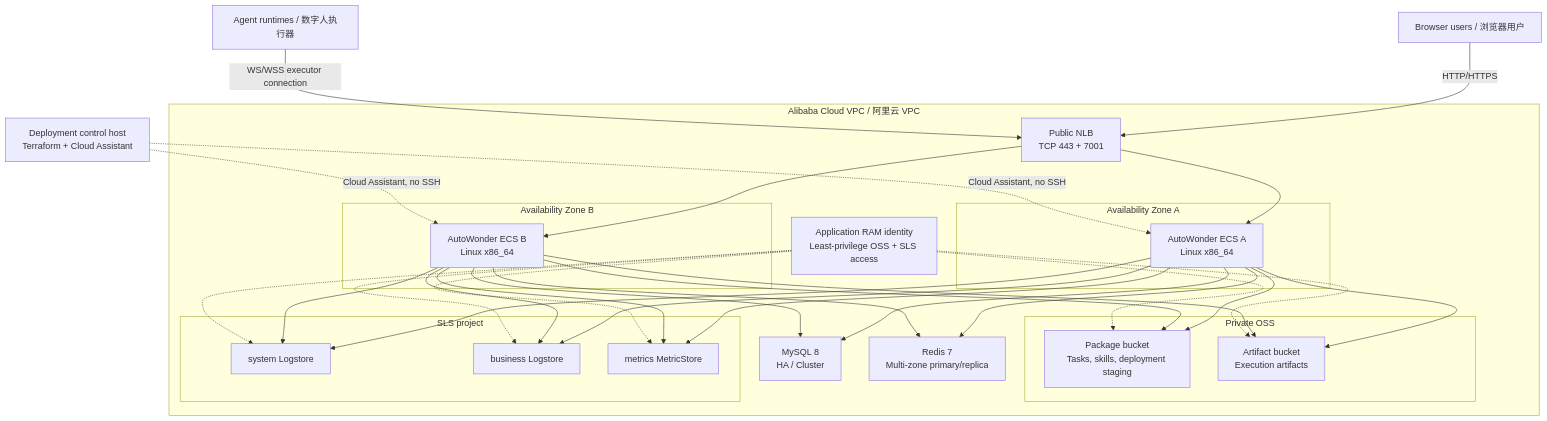
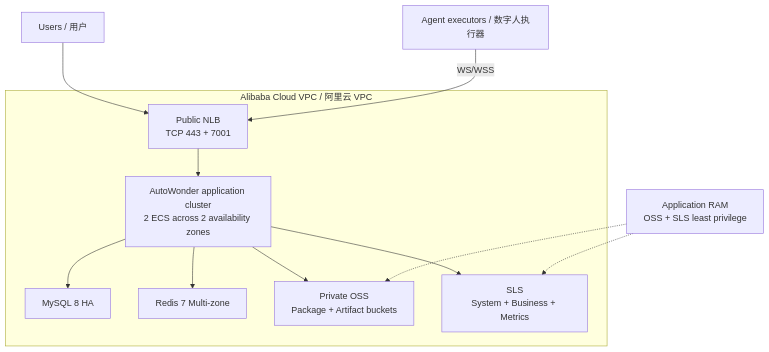
The first of 2 diagrams in ai-sdlc/auto-wonder/README.md (aliyun/alibabacloud-landing-zone), drawn with Mermaid before and after one commit. The commit also changed other lines of this file, not shown here.

Commit message:
docs(ai-sdlc): simplify AutoWonder diagrams

````diff
--- a/ai-sdlc/auto-wonder/README.md
+++ b/ai-sdlc/auto-wonder/README.md
@@ -18,60 +15,25 @@
 ```mermaid
 flowchart TB
-    Browser["Browser users / 浏览器用户"]
-    Runtime["Agent runtimes / 数字人执行器"]
-    Operator["Deployment control host<br/>Terraform + Cloud Assistant"]
+    User["Users / 用户"]
+    Runtime["Agent executors / 数字人执行器"]
 
     subgraph Cloud["Alibaba Cloud VPC / 阿里云 VPC"]
         NLB["Public NLB<br/>TCP 443 + 7001"]
+        App["AutoWonder application cluster<br/>2 ECS across 2 availability zones"]
+        RDS["MySQL 8 HA"]
+        Redis["Redis 7 Multi-zone"]
+        OSS["Private OSS<br/>Package + Artifact buckets"]
+        SLS["SLS<br/>System + Business + Metrics"]
+    end
+    AppRAM["Application RAM<br/>OSS + SLS least privilege"]
 
-        subgraph AZA["Availability Zone A"]
-            ECSA["AutoWonder ECS A<br/>Linux x86_64"]
-        end
-
-        subgraph AZB["Availability Zone B"]
-            ECSB["AutoWonder ECS B<br/>Linux x86_64"]
-        end
-
-        RDS["MySQL 8<br/>HA / Cluster"]
-        Redis["Redis 7<br/>Multi-zone primary/replica"]
-
-        subgraph OSS["Private OSS"]
-            PackageBucket["Package bucket<br/>Tasks, skills, deployment staging"]
-            ArtifactBucket["Artifact bucket<br/>Execution artifacts"]
-        end
-
-        subgraph SLS["SLS project"]
-            SystemLog["system Logstore"]
-            BusinessLog["business Logstore"]
-            Metrics["metrics MetricStore"]
-        end
-
-        AppRAM["Application RAM identity<br/>Least-privilege OSS + SLS access"]
-    end
-
-    Browser -->|"HTTP/HTTPS"| NLB
-    Runtime -->|"WS/WSS executor connection"| NLB
-    NLB --> ECSA
-    NLB --> ECSB
-    Operator -.->|"Cloud Assistant, no SSH"| ECSA
-    Operator -.->|"Cloud Assistant, no SSH"| ECSB
-    ECSA --> RDS
-    ECSB --> RDS
-    ECSA --> Redis
-    ECSB --> Redis
-    ECSA --> PackageBucket
-    ECSB --> PackageBucket
-    ECSA --> ArtifactBucket
-    ECSB --> ArtifactBucket
-    ECSA --> SystemLog
-    ECSA --> BusinessLog
-    ECSA --> Metrics
-    ECSB --> SystemLog
-    ECSB --> BusinessLog
-    ECSB --> Metrics
-    AppRAM -.-> PackageBucket
-    AppRAM -.-> ArtifactBucket
-    AppRAM -.-> SystemLog
-    AppRAM -.-> BusinessLog
-    AppRAM -.-> Metrics
+    User --> NLB
+    Runtime -->|"WS/WSS"| NLB
+    NLB --> App
+    App --> RDS
+    App --> Redis
+    App --> OSS
+    App --> SLS
+    AppRAM -.-> OSS
+    AppRAM -.-> SLS
 ```
````
